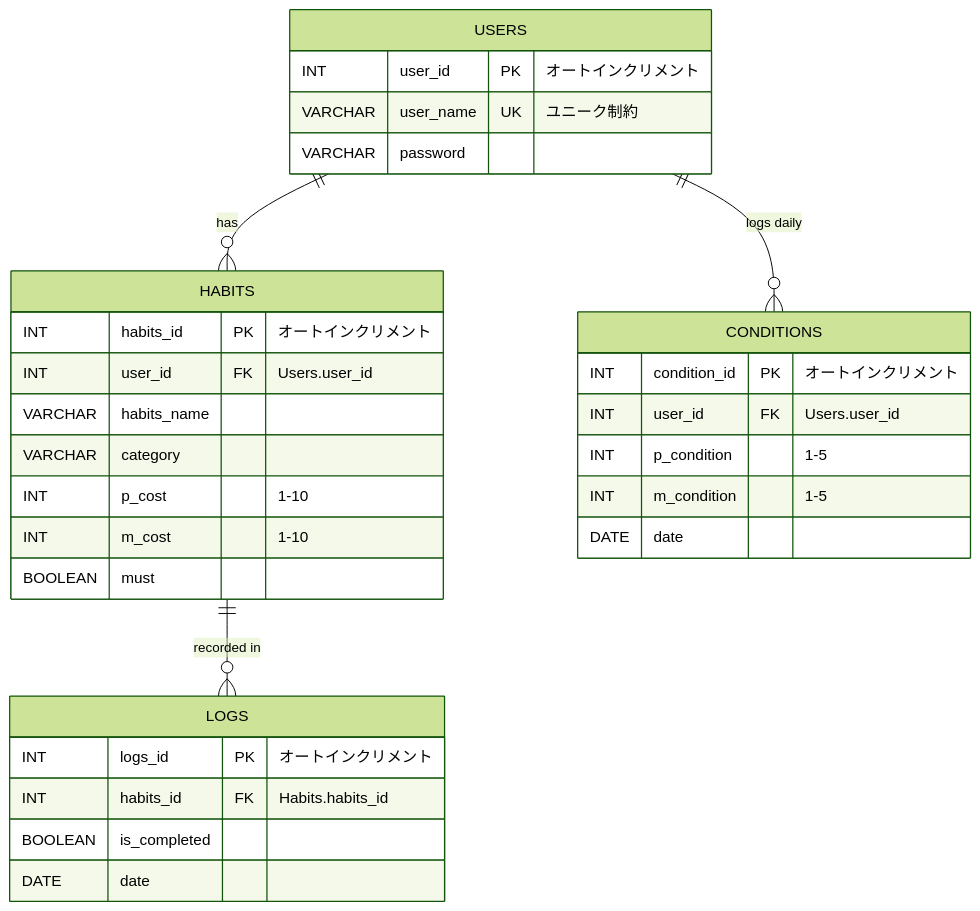
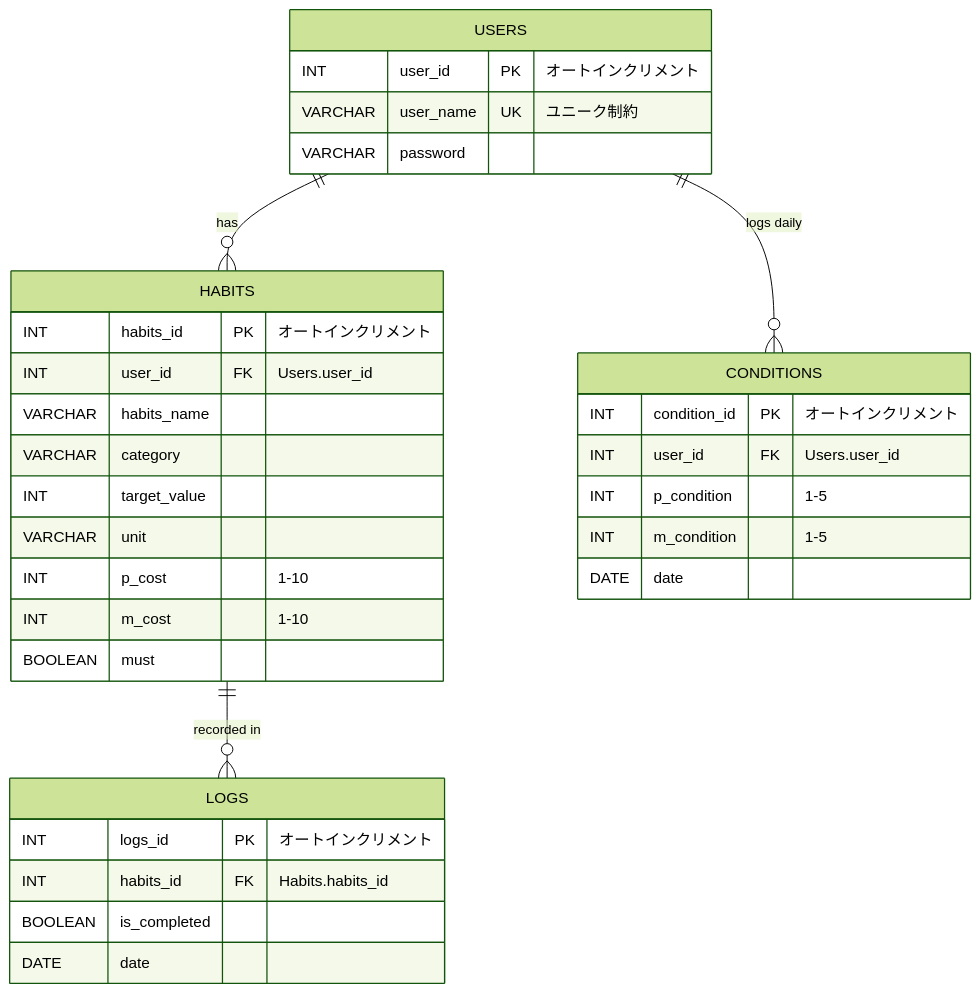
The diagram in docs/er.md (Moku3956/daily-routine), drawn with Mermaid (forest theme) before and after one commit.

Commit message:
modify er diagram

````diff
--- a/docs/er.md
+++ b/docs/er.md
@@ -1,39 +1,41 @@
 ```mermaid
 erDiagram
 
     USERS ||--o{ HABITS : "has"
     USERS ||--o{ CONDITIONS : "logs daily"
     HABITS ||--o{ LOGS : "recorded in"
            
 
     USERS {
         INT user_id PK "オートインクリメント"
         VARCHAR user_name UK "ユニーク制約"
         VARCHAR password ""
     }
 
     HABITS {
         INT habits_id PK "オートインクリメント"
         INT user_id FK "Users.user_id"
         VARCHAR habits_name
         VARCHAR category
+        INT target_value
+        VARCHAR unit
         INT p_cost "1-10"
         INT m_cost "1-10"
         BOOLEAN must
     }
 
     CONDITIONS {
         INT condition_id PK "オートインクリメント"
         INT user_id FK "Users.user_id"
         INT p_condition "1-5"
         INT m_condition "1-5"
         DATE date
     }
 
     LOGS {
         INT logs_id PK "オートインクリメント"
         INT habits_id FK "Habits.habits_id"
         BOOLEAN is_completed
         DATE date
     }
 ```
````
